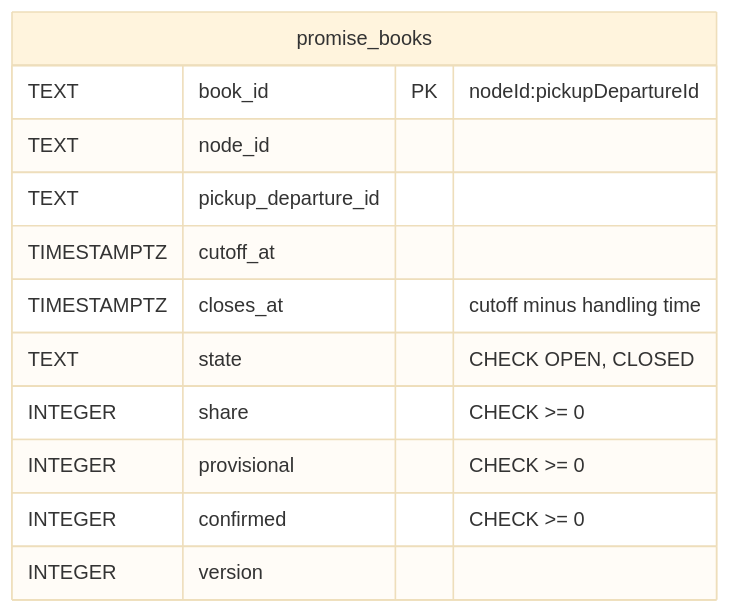
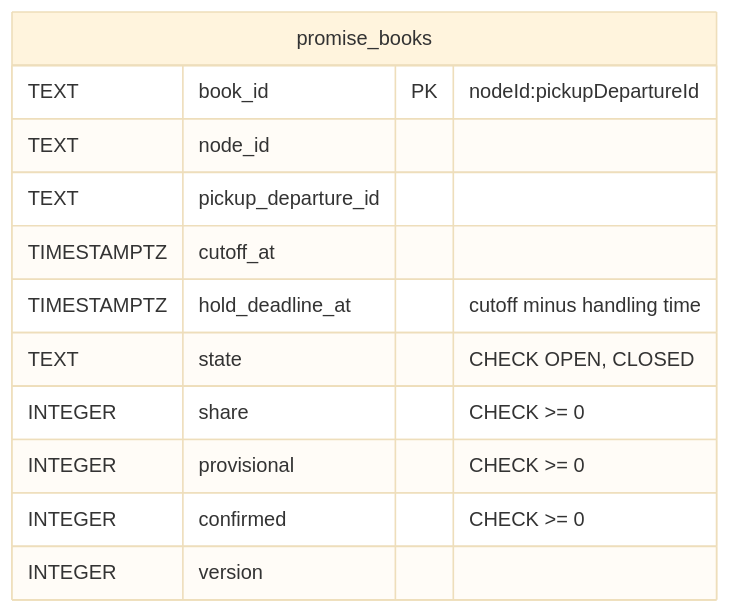
The fourth of 7 diagrams in network/docs/contexts/delivery-promise/entity-relationship.md (IQVO/warehouse-docs), drawn with Mermaid (base theme) before and after one commit. The commit also changed 125 other files, not shown here.

````diff
--- a/network/docs/contexts/delivery-promise/entity-relationship.md
+++ b/network/docs/contexts/delivery-promise/entity-relationship.md
@@ -140,15 +140,15 @@
 ```mermaid
 erDiagram
     promise_books {
         TEXT book_id PK "nodeId:pickupDepartureId"
         TEXT node_id
         TEXT pickup_departure_id
         TIMESTAMPTZ cutoff_at
-        TIMESTAMPTZ closes_at "cutoff minus handling time"
+        TIMESTAMPTZ hold_deadline_at "cutoff minus handling time"
         TEXT state "CHECK OPEN, CLOSED"
         INTEGER share "CHECK >= 0"
         INTEGER provisional "CHECK >= 0"
         INTEGER confirmed "CHECK >= 0"
         INTEGER version
     }
 ```
````
